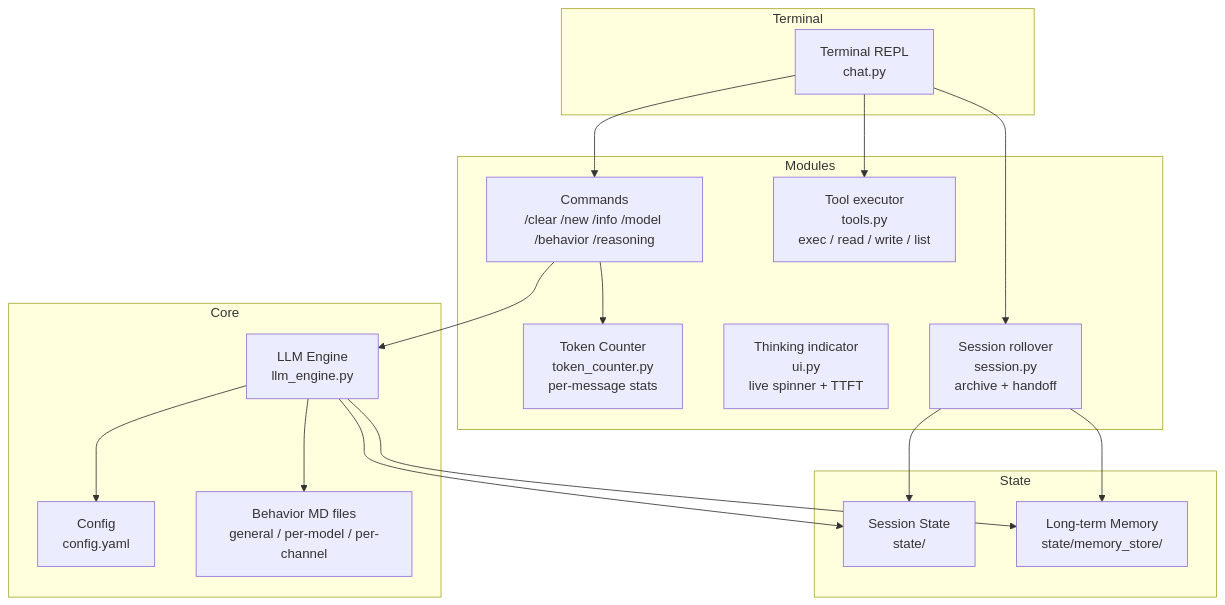
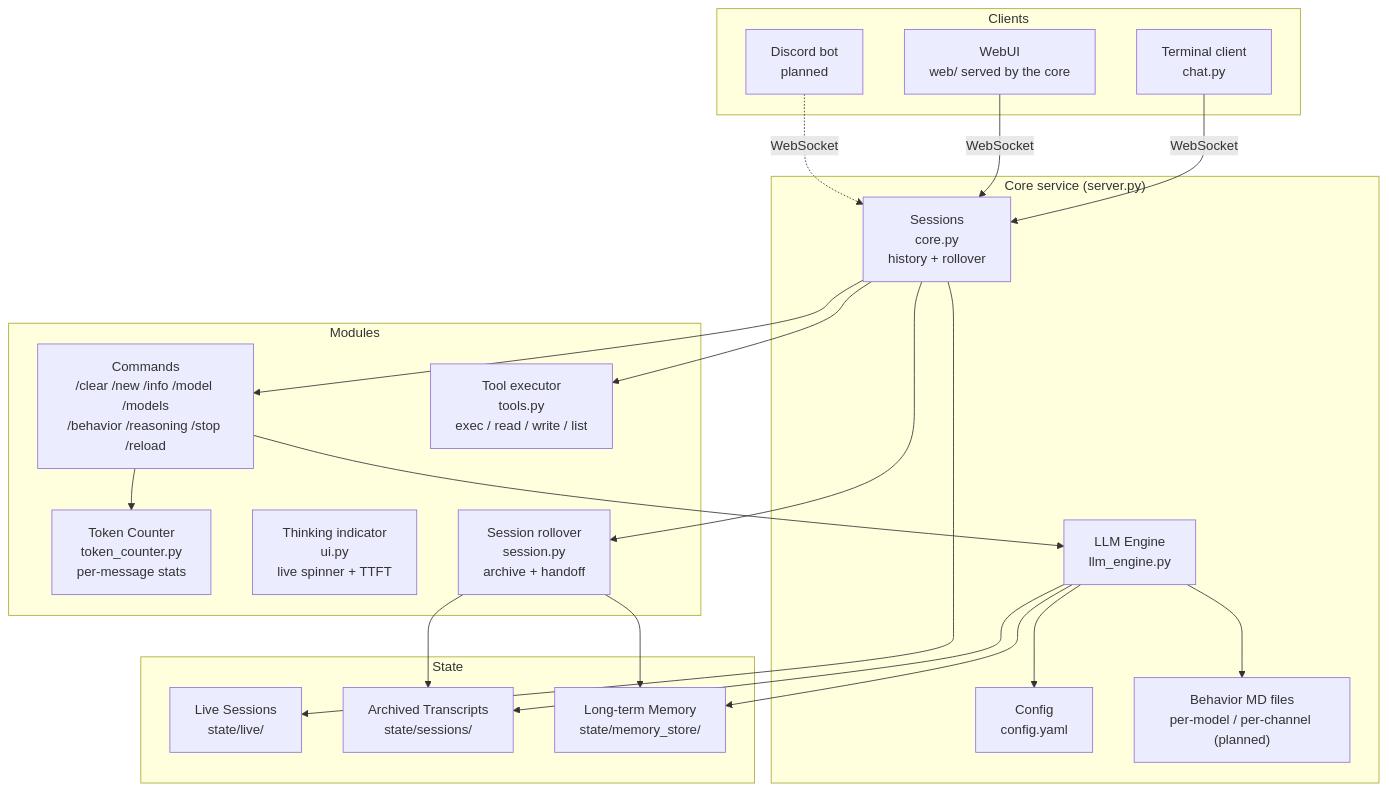
The first of 2 diagrams in README.md (goluckyryan/letsClaw), drawn with Mermaid before and after one commit. The commit also changed other lines of this file and 16 other files, not shown here.

First line of the commit message:
refactor: split into core service + thin clients (terminal, WebUI)

````diff
--- a/README.md
+++ b/README.md
@@ -23,37 +42,45 @@
 ```mermaid
 graph TD
-    subgraph Terminal
-        REPL[Terminal REPL\nchat.py]
+    subgraph Clients
+        REPL[Terminal client\nchat.py]
+        Web[WebUI\nweb/ served by the core]
+        Disc[Discord bot\nplanned]
     end
 
-    subgraph Core
+    subgraph Core["Core service (server.py)"]
+        Sessions2[Sessions\ncore.py\nhistory + rollover]
         Engine[LLM Engine\nllm_engine.py]
         Config[Config\nconfig.yaml]
-        ModelFile[Behavior MD files\ngeneral / per-model / per-channel]
+        ModelFile["Behavior MD files\nper-model / per-channel (planned)"]
     end
 
     subgraph Modules
-        Cmds[Commands\n/clear /new /info /model /behavior /reasoning]
+        Cmds[Commands\n/clear /new /info /model /models\n/behavior /reasoning /stop /reload]
         TokenCounter[Token Counter\ntoken_counter.py\nper-message stats]
         ThinkingUI[Thinking indicator\nui.py\nlive spinner + TTFT]
         Tools[Tool executor\ntools.py\nexec / read / write / list]
         Roll[Session rollover\nsession.py\narchive + handoff]
     end
 
     subgraph State
-        Sessions[Session State\nstate/]
+        Live[Live Sessions\nstate/live/]
+        Sessions[Archived Transcripts\nstate/sessions/]
         Memory[Long-term Memory\nstate/memory_store/]
     end
 
-    REPL --> Cmds
-    REPL --> Tools
-    REPL --> Roll
+    REPL -->|WebSocket| Sessions2
+    Web -->|WebSocket| Sessions2
+    Disc -.->|WebSocket| Sessions2
+    Sessions2 --> Cmds
+    Sessions2 --> Tools
+    Sessions2 --> Roll
+    Sessions2 --> Live
     Roll --> Sessions
     Roll --> Memory
     Cmds --> Engine
     Engine --> Config
     Engine --> ModelFile
     Cmds --> TokenCounter
     Engine --> Sessions
     Engine --> Memory
 ```
````
